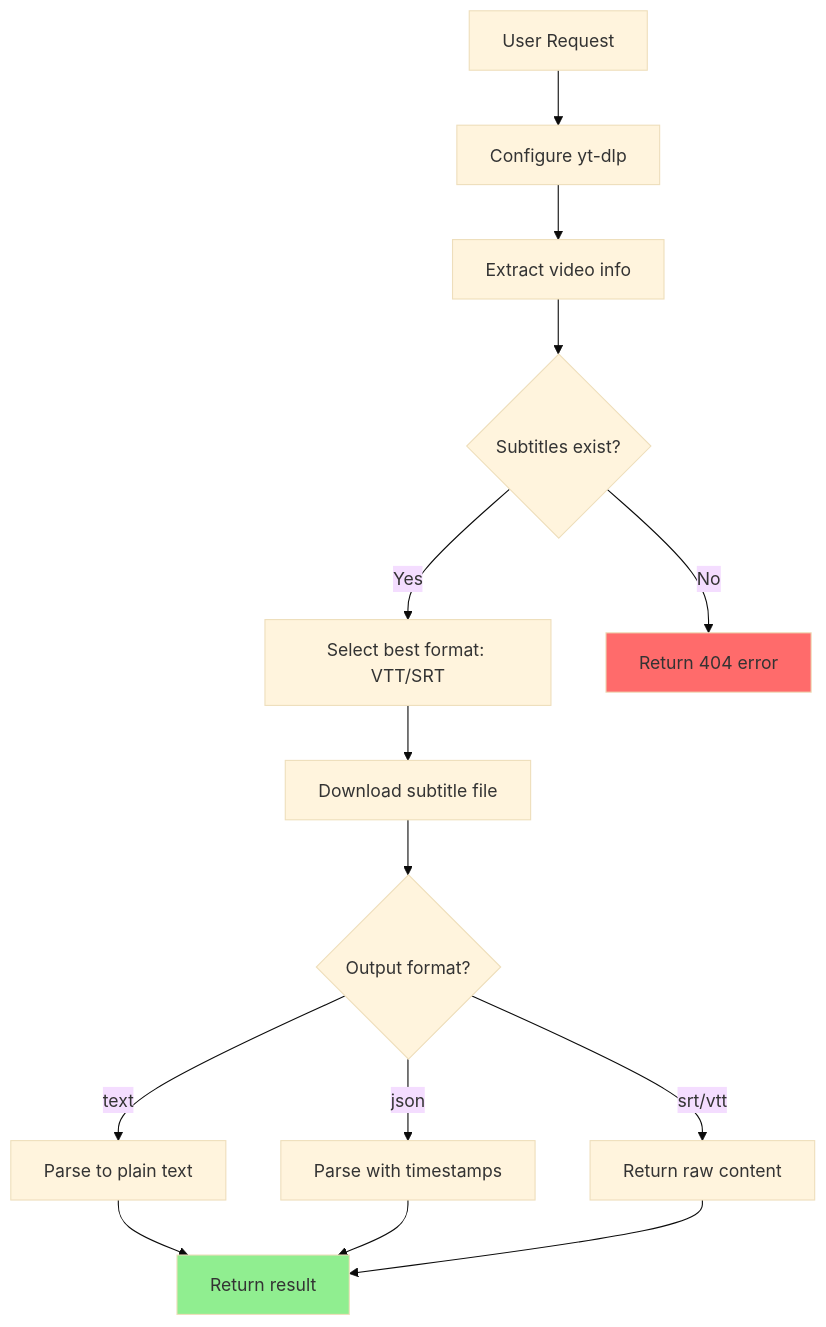
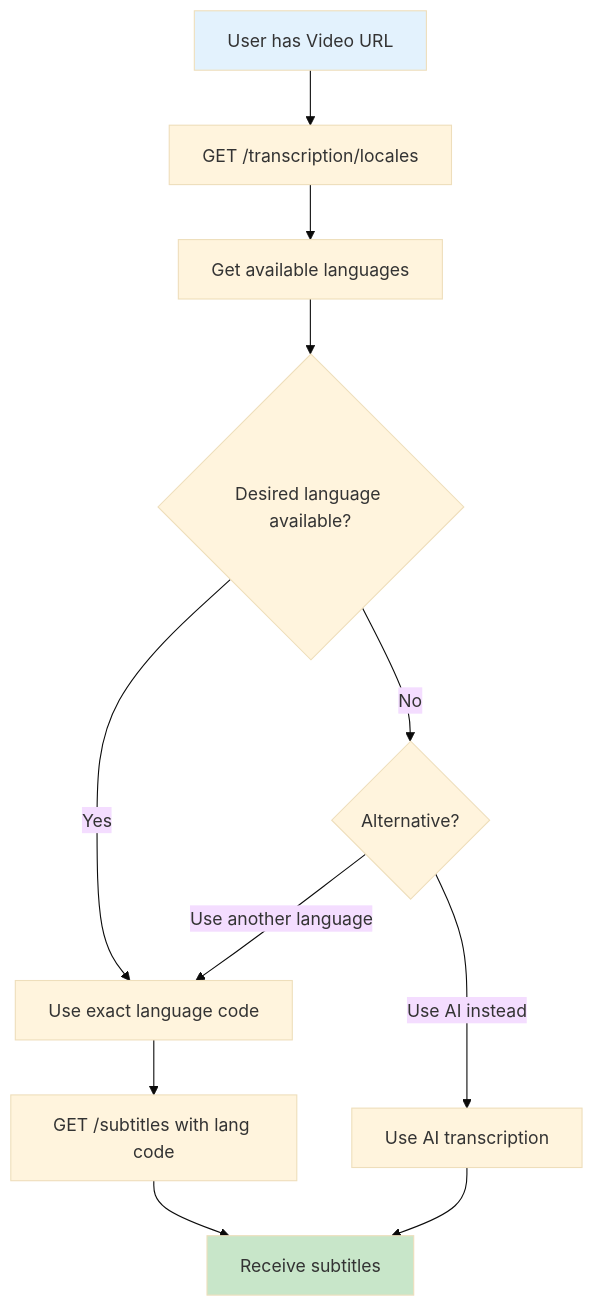
One commit to aaahariri/yt-dlp-v1 changed the eighth of 9 diagrams in docs/endpoint-flows.md. Above: the diagram before and after it, drawn with Mermaid (base theme). The commit also changed other lines of this file and 43 other files, not shown here.

````diff
--- a/docs/endpoint-flows.md
+++ b/docs/endpoint-flows.md
@@ -298,23 +350,20 @@
 ```mermaid
 flowchart TD
-    A[User Request] --> B[Configure yt-dlp]
-    B --> C[Extract video info]
-    C --> D{Subtitles exist?}
+    Start[User has Video URL] --> GetLocales[GET /transcription/locales]
+    GetLocales --> ParseResponse[Get available languages]
+    ParseResponse --> CheckLang{Desired language available?}
 
-    D -->|Yes| E[Select best format: VTT/SRT]
-    E --> F[Download subtitle file]
-    F --> G{Output format?}
+    CheckLang -->|Yes| UseCode[Use exact language code]
+    CheckLang -->|No| ChooseAlt{Alternative?}
 
-    G -->|text| H[Parse to plain text]
-    G -->|json| I[Parse with timestamps]
-    G -->|srt/vtt| J[Return raw content]
+    UseCode --> RequestSubtitles[GET /subtitles with lang code]
+    RequestSubtitles --> Done[Receive subtitles]
 
-    H --> K[Return result]
-    I --> K
-    J --> K
+    ChooseAlt -->|Use another language| UseCode
+    ChooseAlt -->|Use AI instead| UseAI[Use AI transcription]
 
-    D -->|No| L[Return 404 error]
+    UseAI --> Done
 
-    style K fill:#90EE90
-    style L fill:#FF6B6B
+    style Start fill:#E3F2FD
+    style Done fill:#C8E6C9
 ```
````
